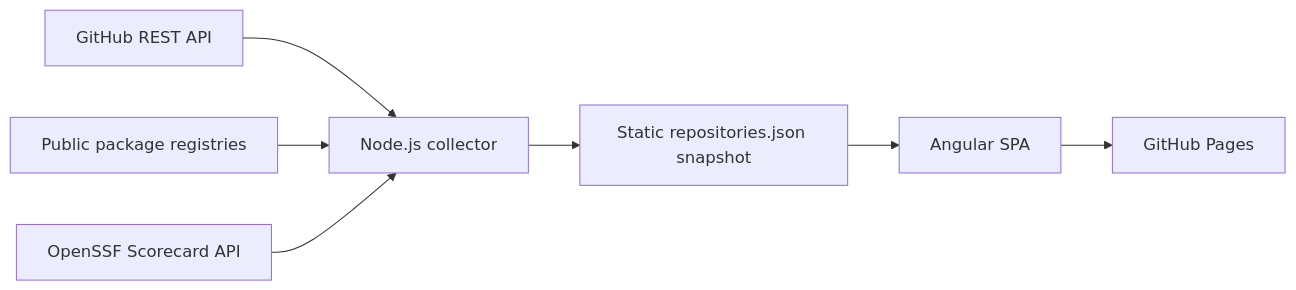
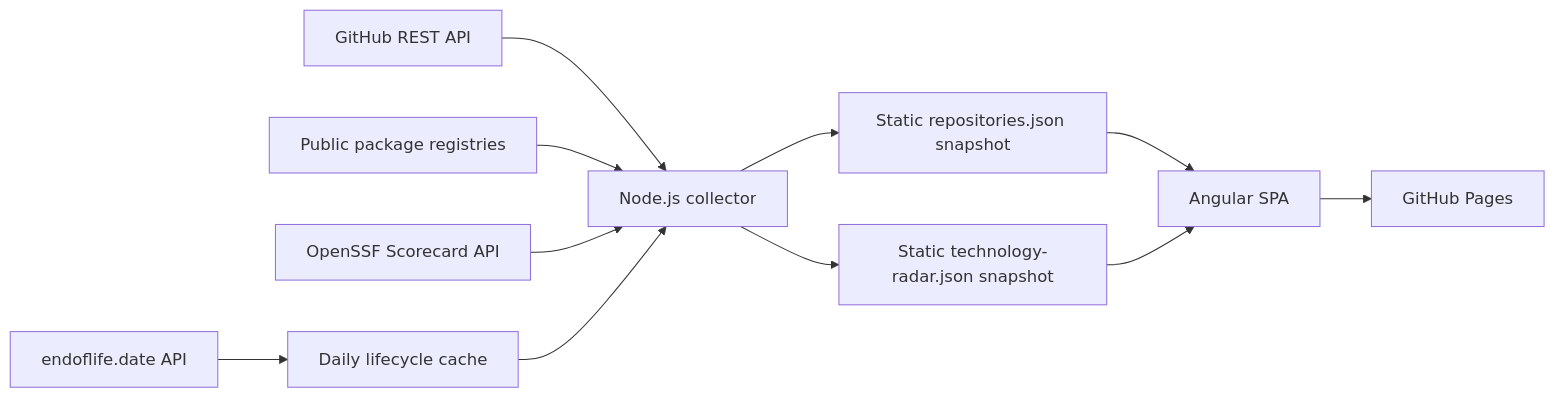
Before and after one commit to rodri-oliveira-dev/repo-status-dashboard: the diagram in README.md, drawn with Mermaid. The commit also changed other lines of this file and 26 other files, not shown here.

First line of the commit message:
feat: introduce portfolio Technology Radar and lifecycle monitoring (#28)

````diff
--- a/README.md
+++ b/README.md
@@ -38,9 +38,13 @@
 ```mermaid
 flowchart LR
     API[GitHub REST API] --> COL[Node.js collector]
     REG[Public package registries] --> COL
     SCORE[OpenSSF Scorecard API] --> COL
+    LIFE[endoflife.date API] --> CACHE[Daily lifecycle cache]
+    CACHE --> COL
     COL --> JSON[Static repositories.json snapshot]
+    COL --> RADAR[Static technology-radar.json snapshot]
     JSON --> SPA[Angular SPA]
+    RADAR --> SPA
     SPA --> PAGES[GitHub Pages]
 ```
````
